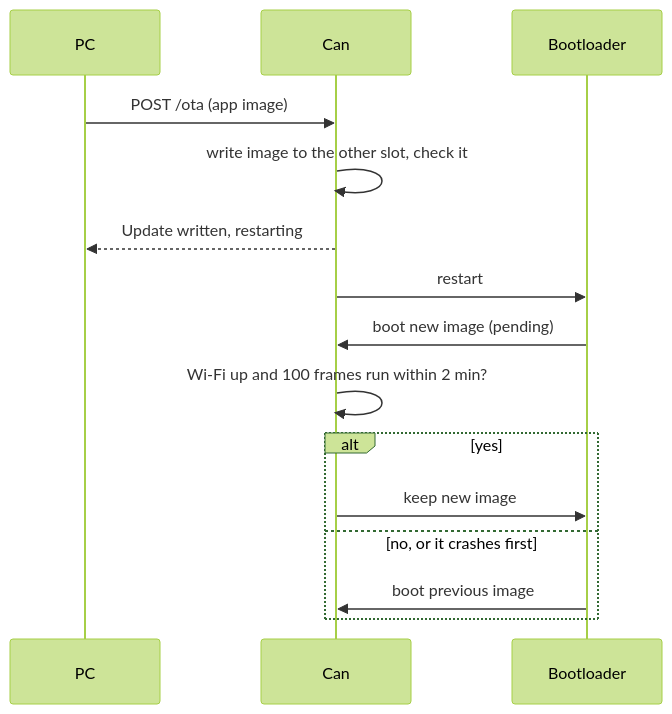
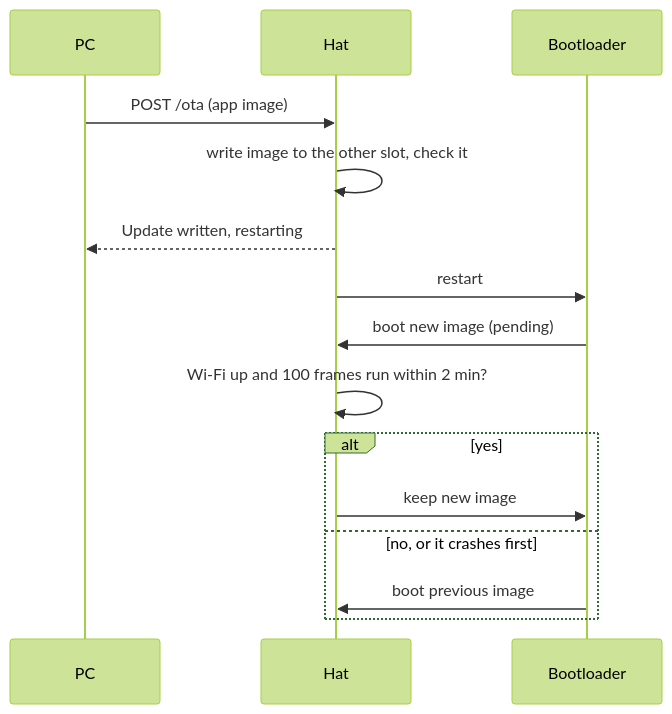
The first of 2 diagrams in README.md (psytraxx/gravity-cube-espidf), drawn with Mermaid (forest theme) before and after one commit. The commit also changed other lines of this file and 26 other files, not shown here.

````diff
--- a/README.md
+++ b/README.md
@@ -232,17 +225,17 @@
 ```mermaid
 sequenceDiagram
     participant PC
-    participant Can
+    participant Hat
     participant Boot as Bootloader
-    PC->>Can: POST /ota (app image)
-    Can->>Can: write image to the other slot, check it
-    Can-->>PC: Update written, restarting
-    Can->>Boot: restart
-    Boot->>Can: boot new image (pending)
-    Can->>Can: Wi-Fi up and 100 frames run within 2 min?
+    PC->>Hat: POST /ota (app image)
+    Hat->>Hat: write image to the other slot, check it
+    Hat-->>PC: Update written, restarting
+    Hat->>Boot: restart
+    Boot->>Hat: boot new image (pending)
+    Hat->>Hat: Wi-Fi up and 100 frames run within 2 min?
     alt yes
-        Can->>Boot: keep new image
+        Hat->>Boot: keep new image
     else no, or it crashes first
-        Boot->>Can: boot previous image
+        Boot->>Hat: boot previous image
     end
 ```
````
